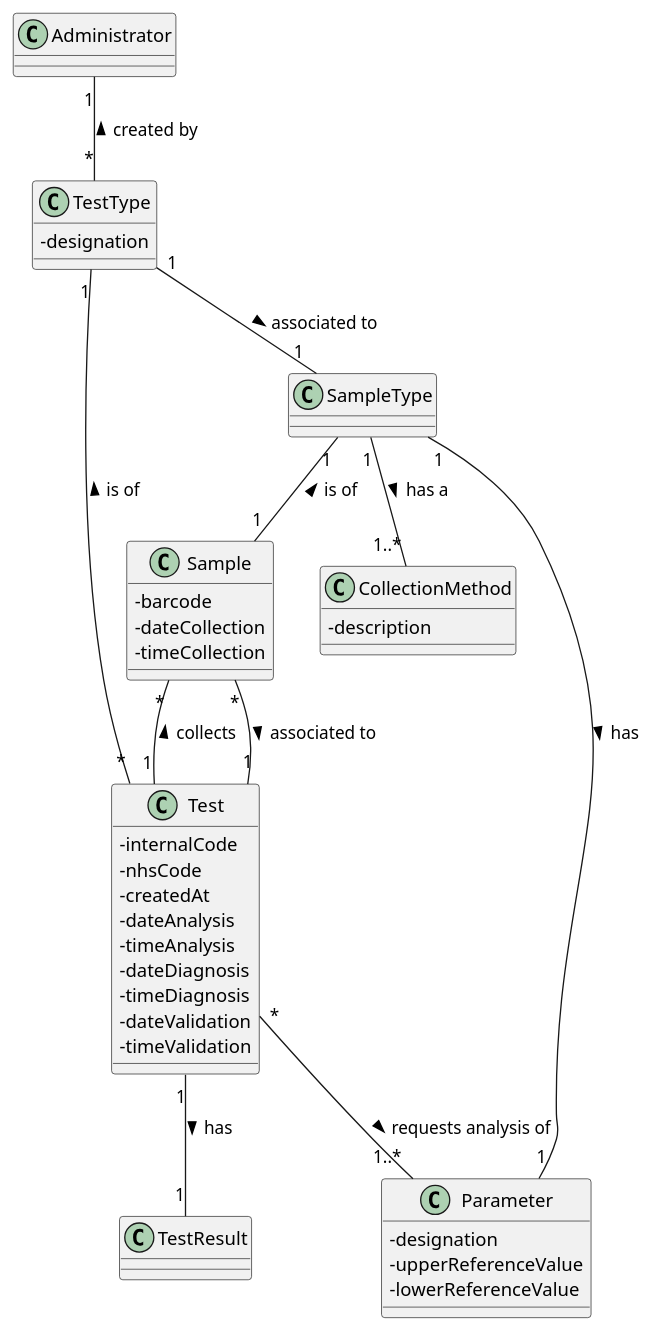
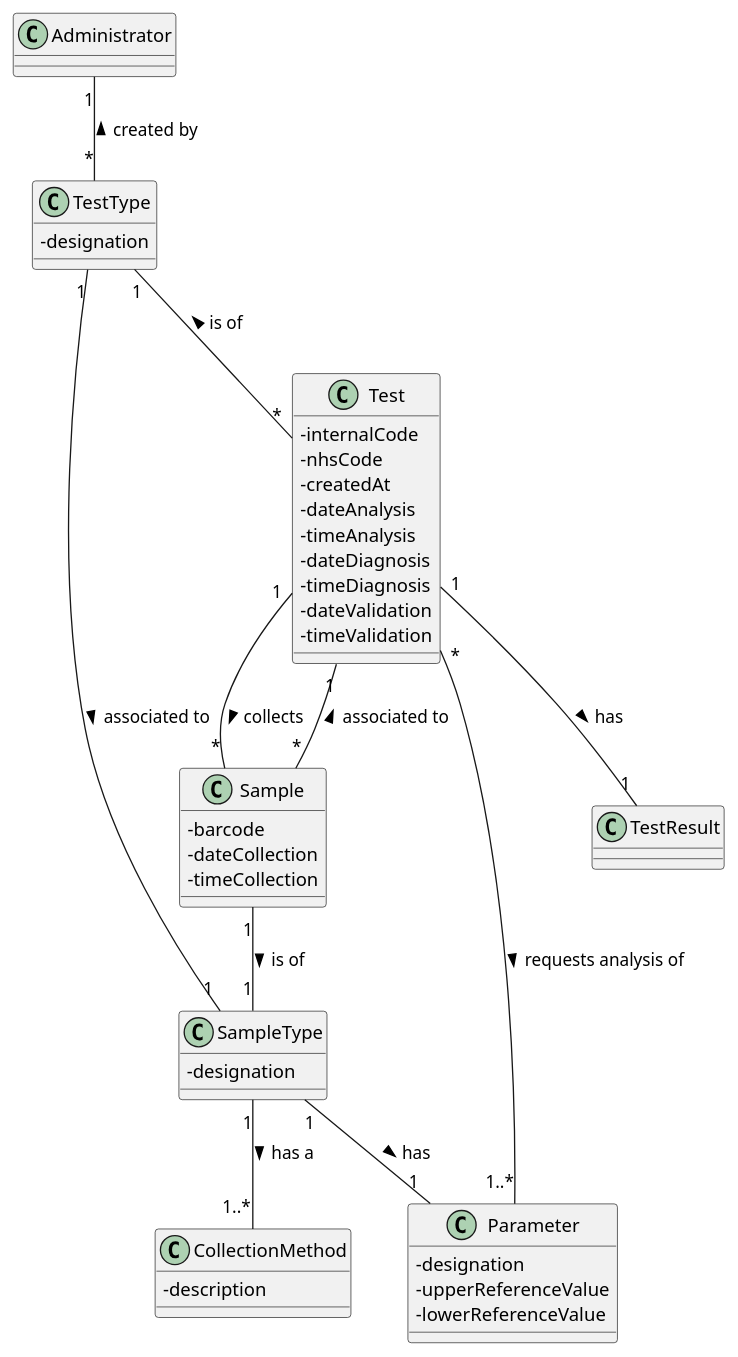
One commit to MadDinosaur/ISEP-LAPR2 changed the diagram in docs/SprintB/US9/US9_DM.puml. Above: the diagram before and after it, drawn with PlantUML.

Commit message:
Small change on the DM excerpt.

```diff
--- a/docs/SprintB/US9/US9_DM.puml
+++ b/docs/SprintB/US9/US9_DM.puml
@@ -1,46 +1,48 @@
 @startuml
 skinparam classAttributeIconSize 0
 
 class Administrator
 class CollectionMethod {
 -description
 }
 
 class Test {
 -internalCode
 -nhsCode
 -createdAt
 -dateAnalysis
 -timeAnalysis
 -dateDiagnosis
 -timeDiagnosis
 -dateValidation
 -timeValidation
 }
 class TestResult
 class TestType {
 -designation
 }
 class Sample {
 -barcode
 -dateCollection
 -timeCollection
 }
-class SampleType
+class SampleType {
+-designation
+}
 class Parameter {
 -designation
 -upperReferenceValue
 -lowerReferenceValue
 }
 
 Sample "*"--"1" Test : associated to >
-SampleType "1"--"1" Sample  : is of <
+SampleType "1"-up-"1" Sample  : is of <
 Test "*"-down-"1..*" Parameter : requests analysis of >
-Test "*"-down-"1" TestType : is of >
+Test "*"-up-"1" TestType : is of >
 Test "1"-down-"*" Sample : collects >
 TestType "*"-up-"1" Administrator : created by >
 SampleType "1"--"1..*" CollectionMethod : has a >
 SampleType "1"-up-"1" TestType  : associated to <
 SampleType "1"-down-"1" Parameter : has >
 Test "1"-down-"1" TestResult : has >
 @enduml
```
